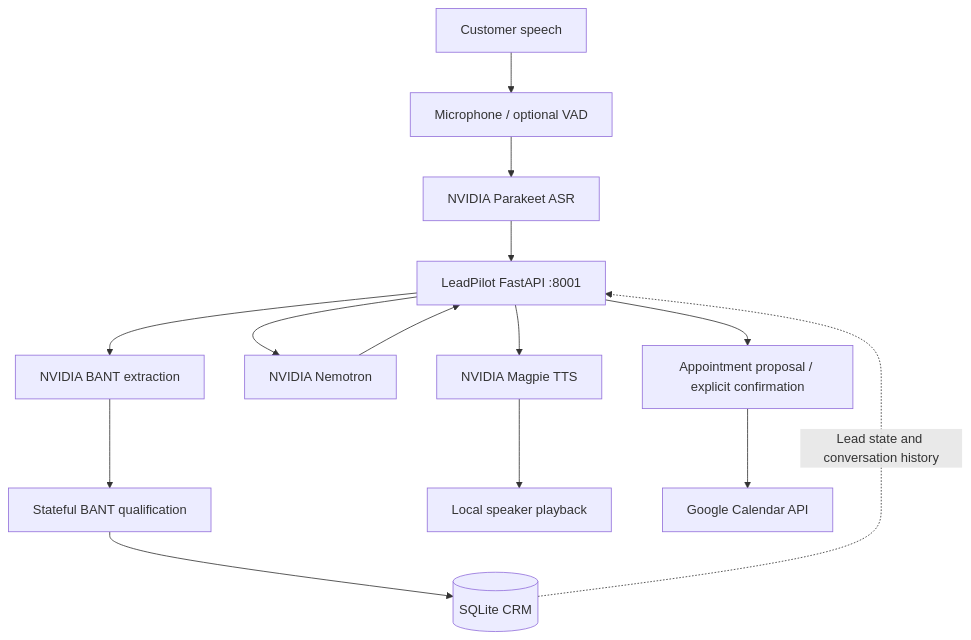
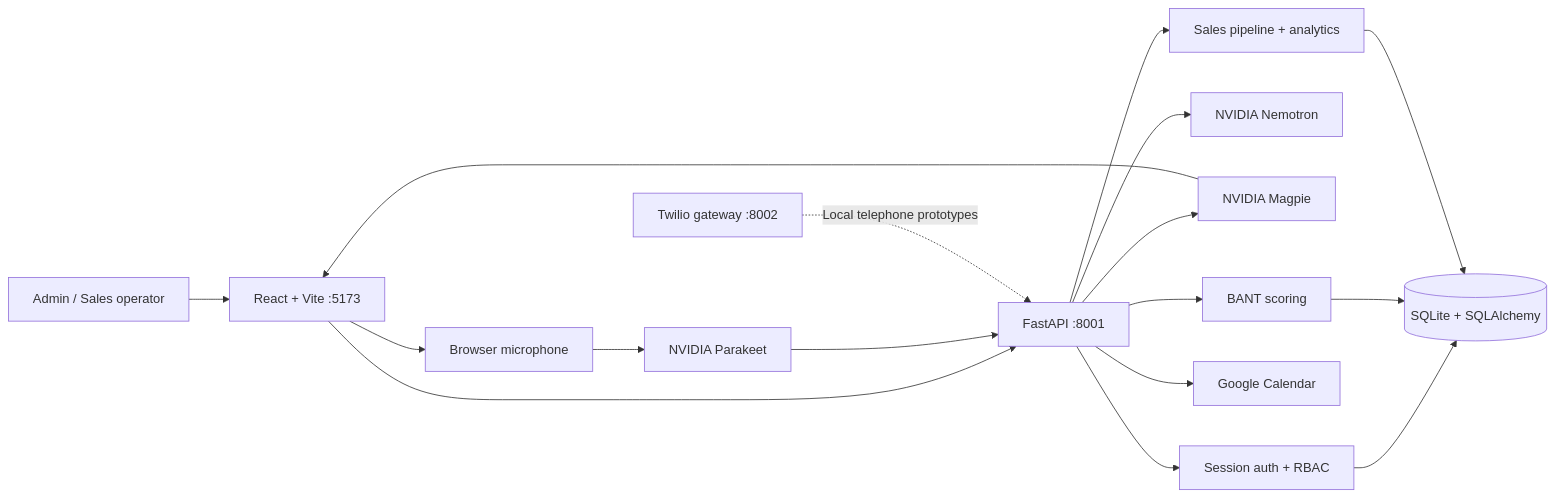
One commit to Anujku007/LeadPilot-AI changed the diagram in README.md. Above: the diagram before and after it, drawn with Mermaid. The commit also changed other lines of this file and 62 other files, not shown here.

Commit message:
feat: release LeadPilot AI local MVP with RBAC, CRM and voice

````diff
--- a/README.md
+++ b/README.md
@@ -49,16 +79,19 @@
 ```mermaid
-flowchart TD
-    Customer["Customer speech"] --> Mic["Microphone / optional VAD"]
-    Mic --> ASR["NVIDIA Parakeet ASR"]
-    ASR --> API["LeadPilot FastAPI :8001"]
-    API --> Extract["NVIDIA BANT extraction"]
-    Extract --> Qualify["Stateful BANT qualification"]
-    Qualify --> DB[("SQLite CRM")]
-    DB -. "Lead state and conversation history" .-> API
-    API --> LLM["NVIDIA Nemotron"]
-    LLM --> API
-    API --> TTS["NVIDIA Magpie TTS"]
-    TTS --> Speaker["Local speaker playback"]
-    API --> Proposal["Appointment proposal / explicit confirmation"]
-    Proposal --> Calendar["Google Calendar API"]
+flowchart LR
+    User[Admin / Sales operator] --> UI[React + Vite :5173]
+    UI --> API[FastAPI :8001]
+    API --> AUTH[Session auth + RBAC]
+    AUTH --> CRM[(SQLite + SQLAlchemy)]
+    API --> AI[NVIDIA Nemotron]
+    UI --> MIC[Browser microphone]
+    MIC --> ASR[NVIDIA Parakeet]
+    ASR --> API
+    API --> TTS[NVIDIA Magpie]
+    TTS --> UI
+    API --> BANT[BANT scoring]
+    BANT --> CRM
+    API --> CAL[Google Calendar]
+    API --> SALES[Sales pipeline + analytics]
+    SALES --> CRM
+    TW[Twilio gateway :8002] -. Local telephone prototypes .-> API
 ```
````
